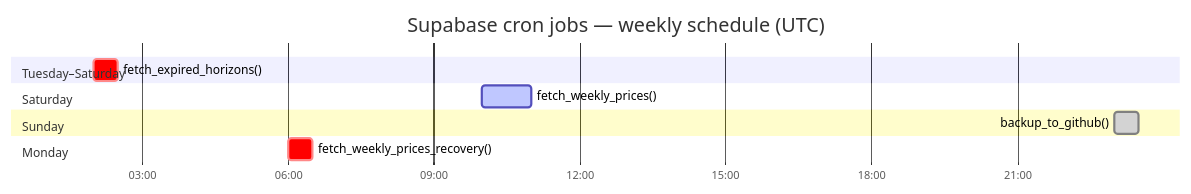
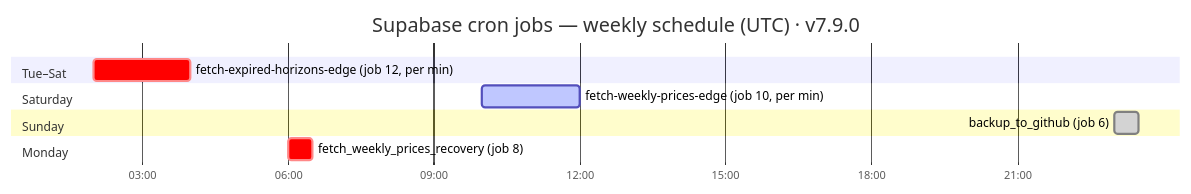
Before and after one commit to alpyengine/openbank-price-prediction: the third of 9 diagrams in docs/openbank-forecast-uml.md, drawn with Mermaid. The commit also changed other lines of this file and 10 other files, not shown here.

First line of the commit message:
feat: move price fetching to Supabase Edge Functions (v7.9.0)

````diff
--- a/docs/openbank-forecast-uml.md
+++ b/docs/openbank-forecast-uml.md
@@ -193,18 +198,18 @@
 ```mermaid
 gantt
-    title Supabase cron jobs — weekly schedule (UTC)
+    title Supabase cron jobs — weekly schedule (UTC) · v7.9.0
     dateFormat HH:mm
     axisFormat %H:%M
 
-    section Tuesday–Saturday
-    fetch_expired_horizons() :crit, 02:00, 30m
+    section Tue–Sat
+    fetch-expired-horizons-edge (job 12, per min) :crit, 02:00, 120m
 
     section Saturday
-    fetch_weekly_prices()             :active, 10:00, 60m
+    fetch-weekly-prices-edge (job 10, per min)    :active, 10:00, 120m
 
     section Sunday
-    backup_to_github()                :done, 23:00, 30m
+    backup_to_github (job 6)                      :done, 23:00, 30m
 
     section Monday
-    fetch_weekly_prices_recovery()    :crit, 06:00, 30m
+    fetch_weekly_prices_recovery (job 8)          :crit, 06:00, 30m
 ```
````
